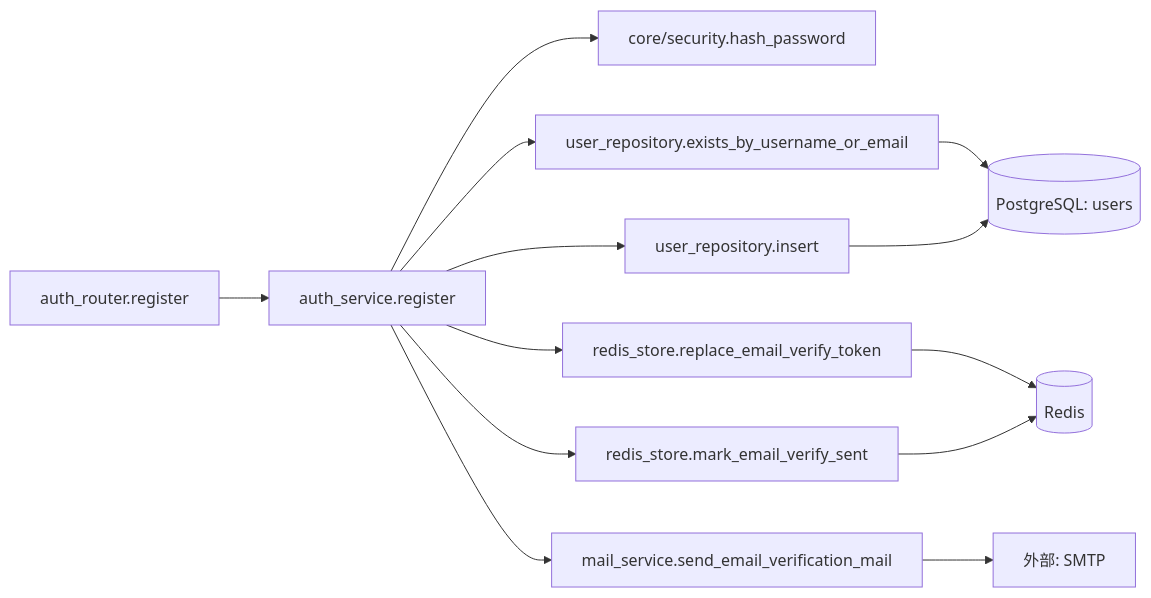
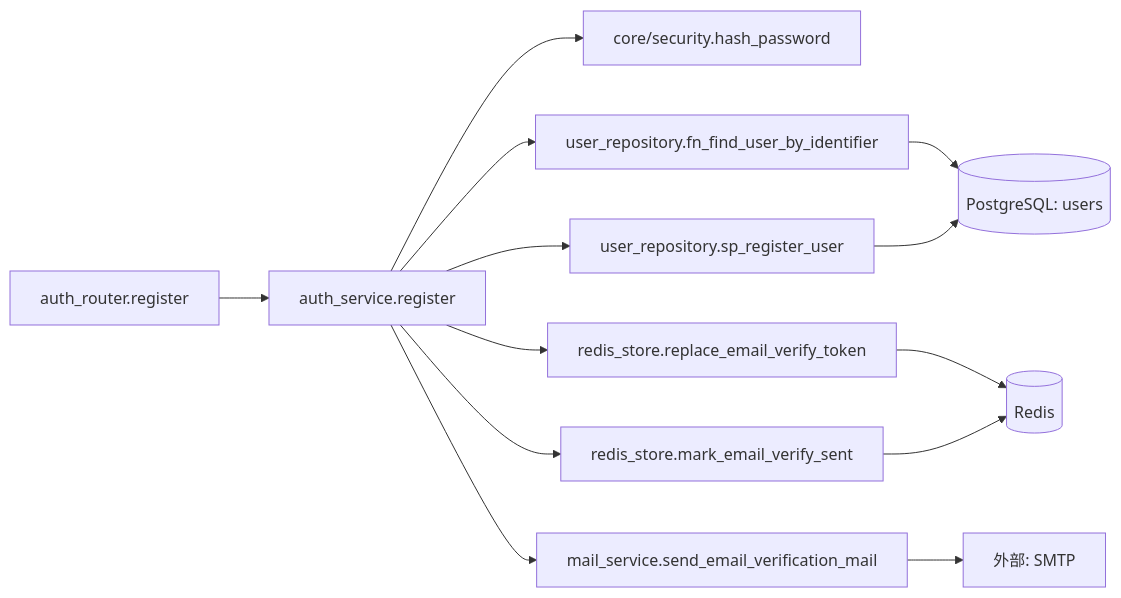
The third of 4 diagrams in detailed_design/api/auth/01_post_auth_register.md (oikawa-d/task_management), drawn with Mermaid before and after one commit. The commit also changed other lines of this file and 58 other files, not shown here.

````diff
--- a/detailed_design/api/auth/01_post_auth_register.md
+++ b/detailed_design/api/auth/01_post_auth_register.md
@@ -213,15 +213,15 @@
 ```mermaid
 flowchart LR
     R["auth_router.register"] --> S["auth_service.register"]
     S --> SEC["core/security.hash_password"]
-    S --> RP1["user_repository.exists_by_username_or_email"]
-    S --> RP2["user_repository.insert"]
+    S --> RP1["user_repository.fn_find_user_by_identifier"]
+    S --> RP2["user_repository.sp_register_user"]
     S --> RS["redis_store.replace_email_verify_token"]
     S --> RS2["redis_store.mark_email_verify_sent"]
     S --> MS["mail_service.send_email_verification_mail"]
     RP1 --> PG[("PostgreSQL: users")]
     RP2 --> PG
     RS --> RD[("Redis")]
     RS2 --> RD
     MS --> SMTP["外部: SMTP"]
 ```
````
